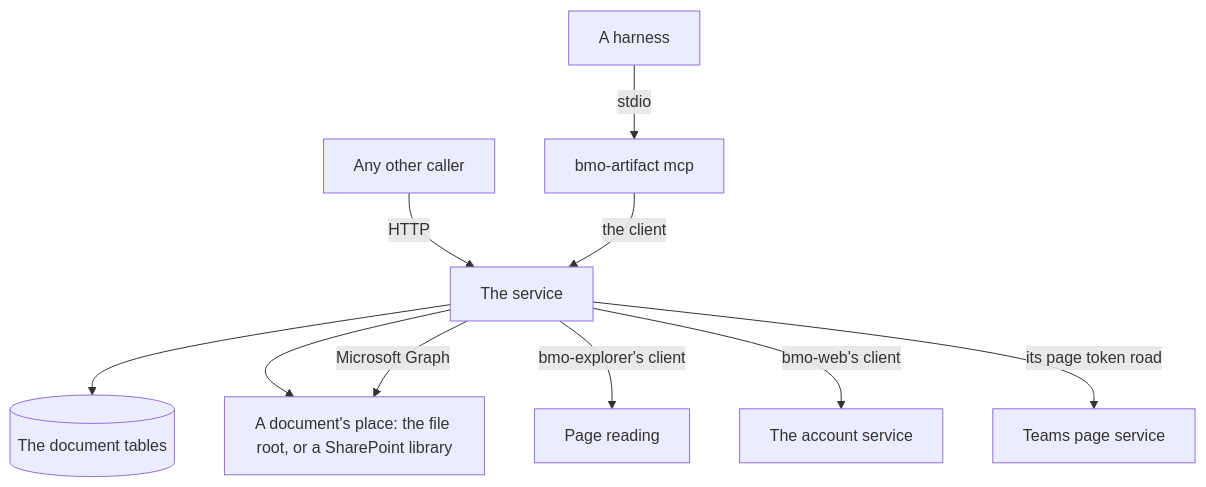
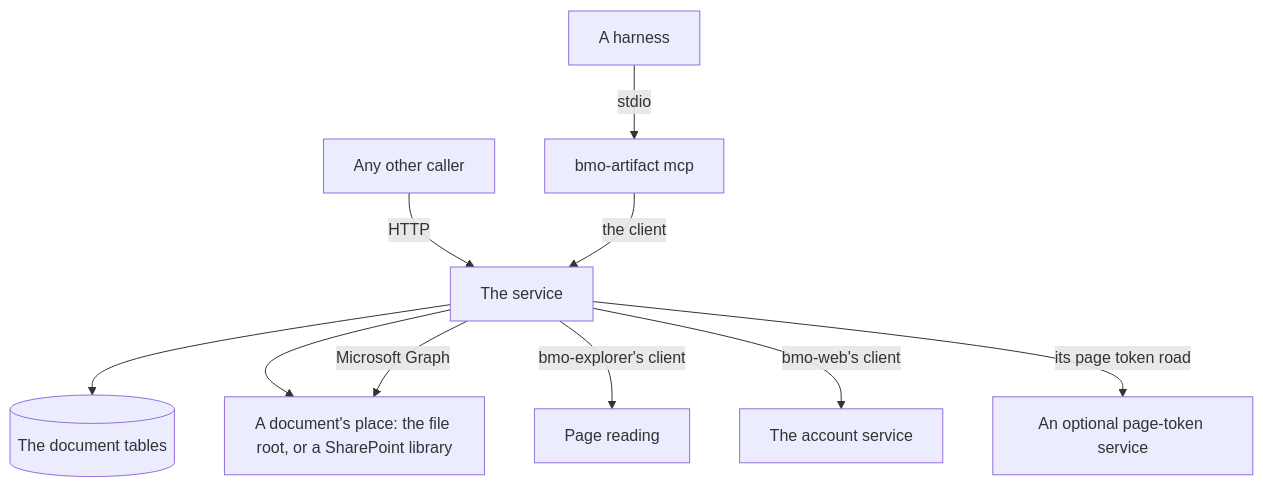
The first of 2 diagrams in docs/api.md (ahas/bmo-artifact), drawn with Mermaid before and after one commit. The commit also changed other lines of this file and 4 other files, not shown here.

Commit message:
Describe the SharePoint place's token source as an optional page-token service

````diff
--- a/docs/api.md
+++ b/docs/api.md
@@ -11,12 +11,12 @@
 ```mermaid
 flowchart TD
   H[A harness] -->|stdio| M[bmo-artifact mcp]
   C[Any other caller] -->|HTTP| S[The service]
   M -->|the client| S
   S --> D[(The document tables)]
   S --> F[A document's place: the file root, or a SharePoint library]
   S -->|bmo-explorer's client| E[Page reading]
   S -->|bmo-web's client| W[The account service]
-  S -->|its page token road| T[Teams page service]
+  S -->|its page token road| T[An optional page-token service]
   S -->|Microsoft Graph| F
 ```
````
